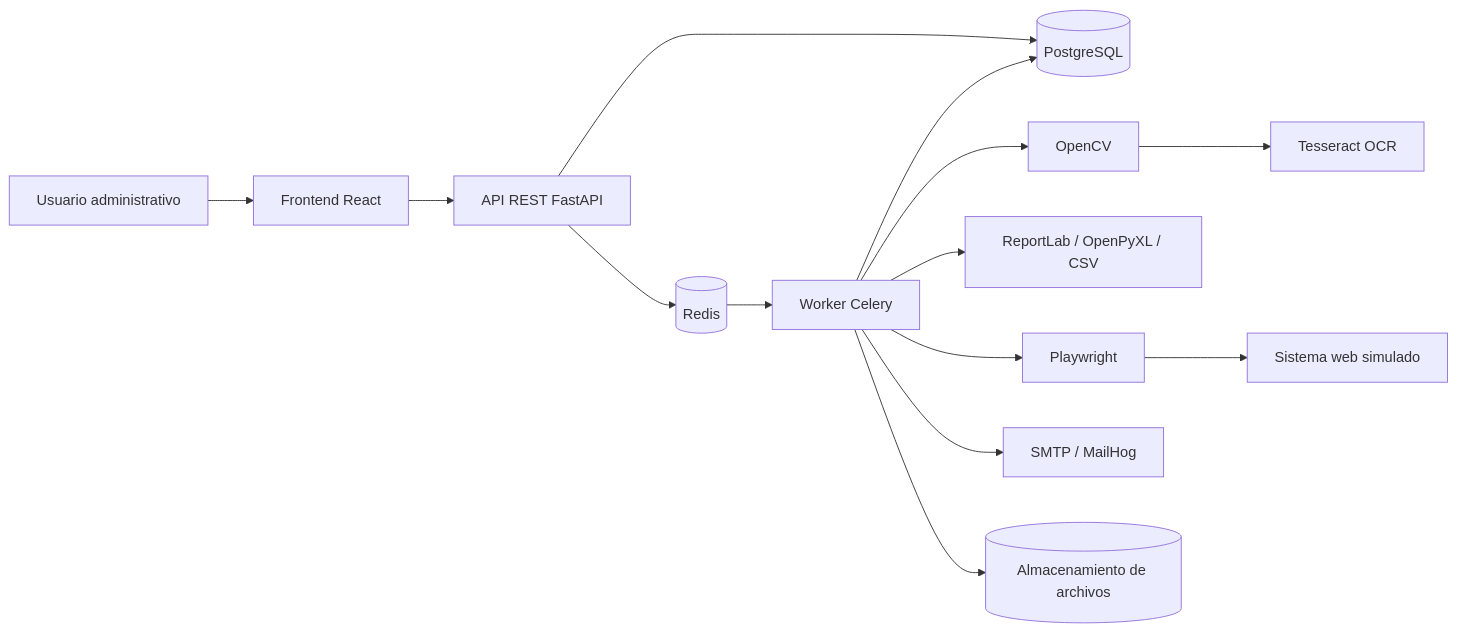
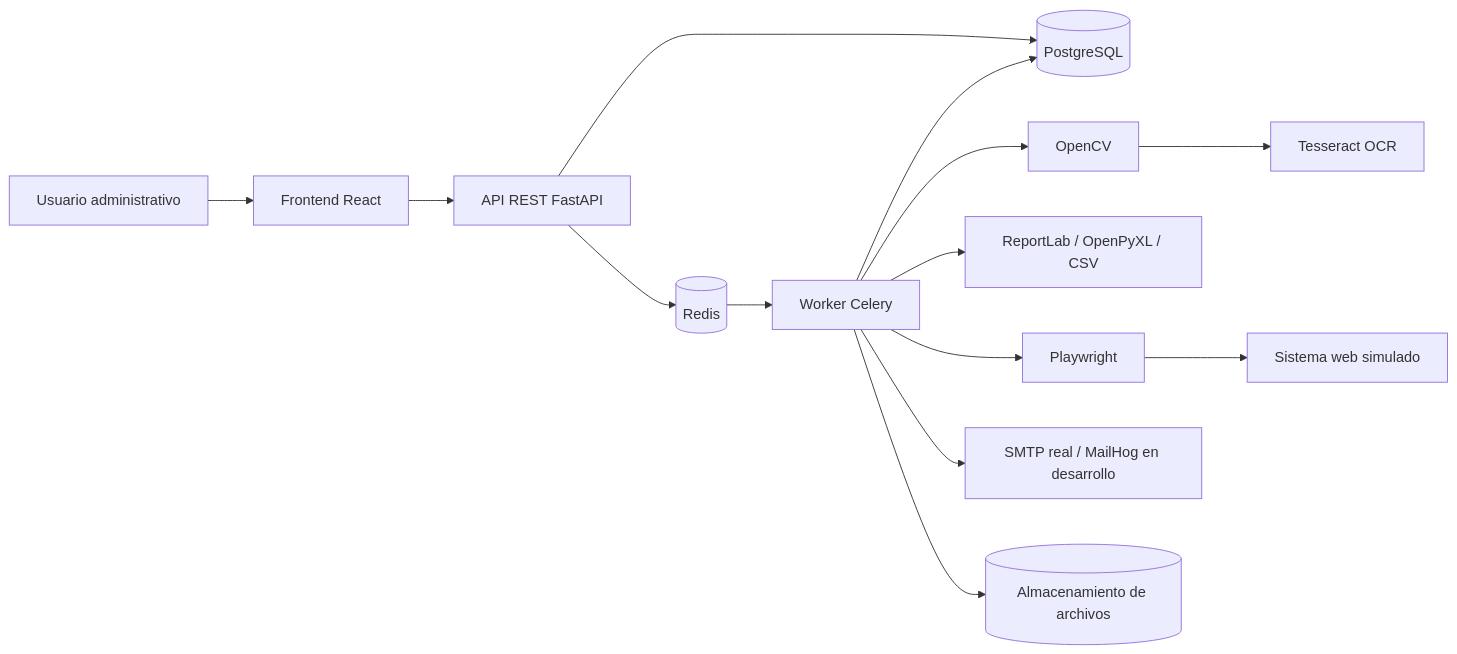
Before and after one commit to NelsonCun/applied-ai-systems: the diagram in Practica_3/README.md, drawn with Mermaid. The commit also changed other lines of this file and 30 other files, not shown here.

Commit message:
Finalizar documentacion y diagramas de SmartInvoice

````diff
--- a/Practica_3/README.md
+++ b/Practica_3/README.md
@@ -49,16 +52,16 @@
 ```mermaid
 flowchart LR
     U[Usuario administrativo] --> FE[Frontend React]
     FE --> API[API REST FastAPI]
     API --> DB[(PostgreSQL)]
     API --> R[(Redis)]
     R --> W[Worker Celery]
     W --> CV[OpenCV]
     CV --> OCR[Tesseract OCR]
     W --> DB
     W --> REP[ReportLab / OpenPyXL / CSV]
     W --> RPA[Playwright]
     RPA --> EXT[Sistema web simulado]
-    W --> SMTP[SMTP / MailHog]
+    W --> SMTP[SMTP real / MailHog en desarrollo]
     W --> FS[(Almacenamiento de archivos)]
 ```
````
